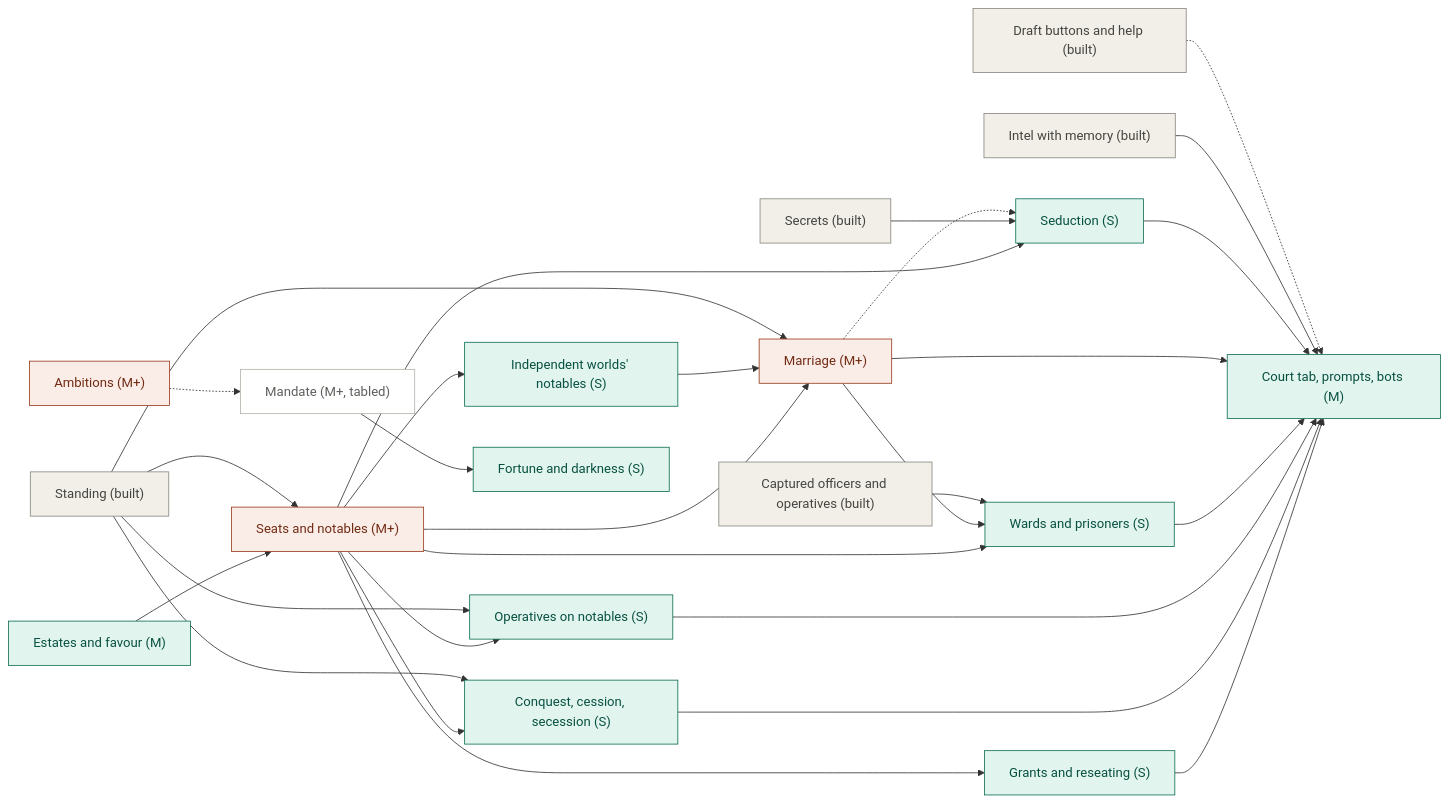
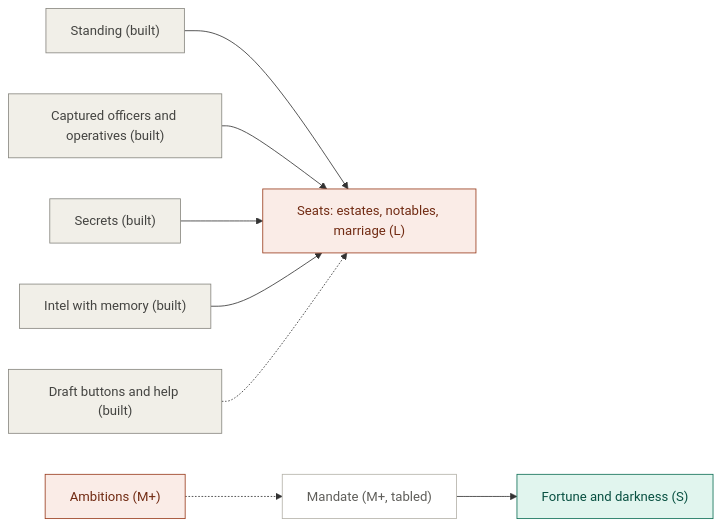
The diagram in docs/brainstorm-2026-10-02.md (1adityashetty1/paxgalactica), drawn with Mermaid before and after one commit. The commit also changed other lines of this file and 1 other file, not shown here.

Commit message:
Design: seats as one feature — conquest and assassination settled, the doc regrouped, one node on the graph

````diff
--- a/docs/brainstorm-2026-10-02.md
+++ b/docs/brainstorm-2026-10-02.md
@@ -698,61 +698,32 @@
 ```mermaid
 flowchart LR
   classDef light fill:#E1F5EE,stroke:#0F6E56,color:#085041
   classDef heavy fill:#FAECE7,stroke:#993C1D,color:#712B13
   classDef done fill:#F1EFE8,stroke:#888780,color:#444441
   classDef later fill:#FFFFFF,stroke:#B4B2A9,color:#5F5E5A
 
   standing["Standing (built)"]
+  captives["Captured officers and operatives (built)"]
+  secrets["Secrets (built)"]
   intel["Intel with memory (built)"]
-  secrets["Secrets (built)"]
-  captives["Captured officers and operatives (built)"]
   ui["Draft buttons and help (built)"]
 
-  estates["Estates and favour (M)"]
-  seats["Seats and notables (M+)"]
-  grants["Grants and reseating (S)"]
-  hands["Conquest, cession, secession (S)"]
-  notableOps["Operatives on notables (S)"]
-  independents["Independent worlds' notables (S)"]
-  marriage["Marriage (M+)"]
-  wards["Wards and prisoners (S)"]
-  seduction["Seduction (S)"]
-  court["Court tab, prompts, bots (M)"]
+  seats["Seats: estates, notables, marriage (L)"]
 
   ambitions["Ambitions (M+)"]
   mandate["Mandate (M+, tabled)"]
   fortune["Fortune and darkness (S)"]
 
-  estates --> seats
   standing --> seats
-  seats --> grants
-  seats --> hands
-  seats --> notableOps
-  standing --> hands
-  standing --> notableOps
-  grants --> court
-  hands --> court
-  notableOps --> court
-  seats --> independents
-  seats --> marriage
-  independents --> marriage
-  standing --> marriage
-  seats --> wards
-  marriage --> wards
-  captives --> wards
-  wards --> court
-  seats --> seduction
-  secrets --> seduction
-  marriage -.-> seduction
-  marriage --> court
-  seduction --> court
-  intel --> court
-  ui -.-> court
+  captives --> seats
+  secrets --> seats
+  intel --> seats
+  ui -.-> seats
   ambitions -.-> mandate
   mandate --> fortune
 
-  class standing,intel,secrets,captives,ui done
-  class estates,grants,hands,notableOps,independents,wards,seduction,court,fortune light
-  class seats,marriage,ambitions heavy
+  class standing,captives,secrets,intel,ui done
+  class fortune light
+  class seats,ambitions heavy
   class mandate later
 ```
````
